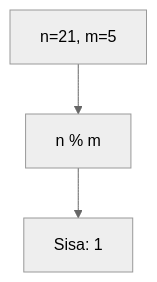
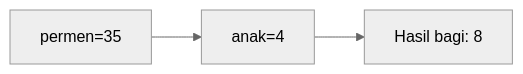
The seventh of 25 diagrams in part-c-pemahaman-cpp/01-tipe-data/latihan/set-02.md (amnahwaida/OSNK_INF_PREP), drawn with Mermaid (neutral theme) before and after one commit. The commit also changed other lines of this file and 71 other files, not shown here.

````diff
--- a/part-c-pemahaman-cpp/01-tipe-data/latihan/set-02.md
+++ b/part-c-pemahaman-cpp/01-tipe-data/latihan/set-02.md
@@ -185,5 +194,5 @@
 ```mermaid
-graph TD
-A["n=21, m=5"] --> B["n % m"]
-B --> C["Sisa: 1"]
+graph LR
+A["permen=35"] --> B["anak=4"]
+B --> C["Hasil bagi: 8"]
 ```
````
